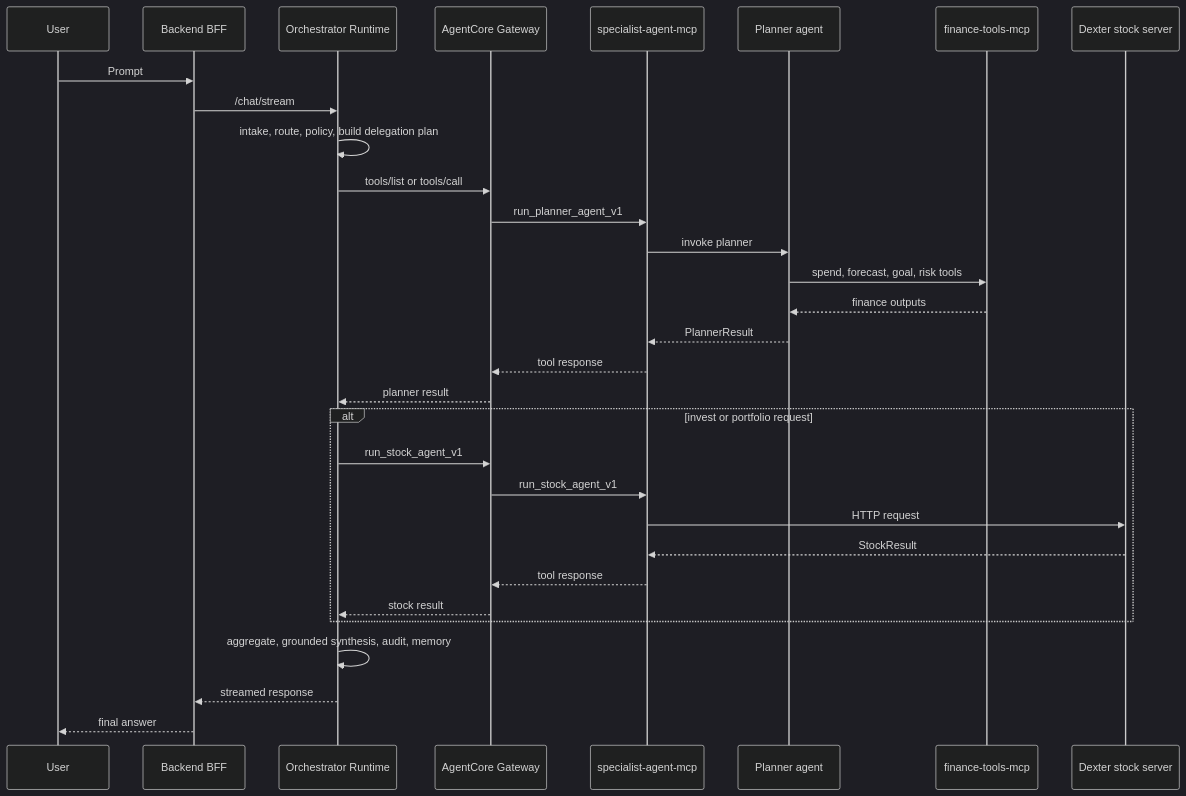
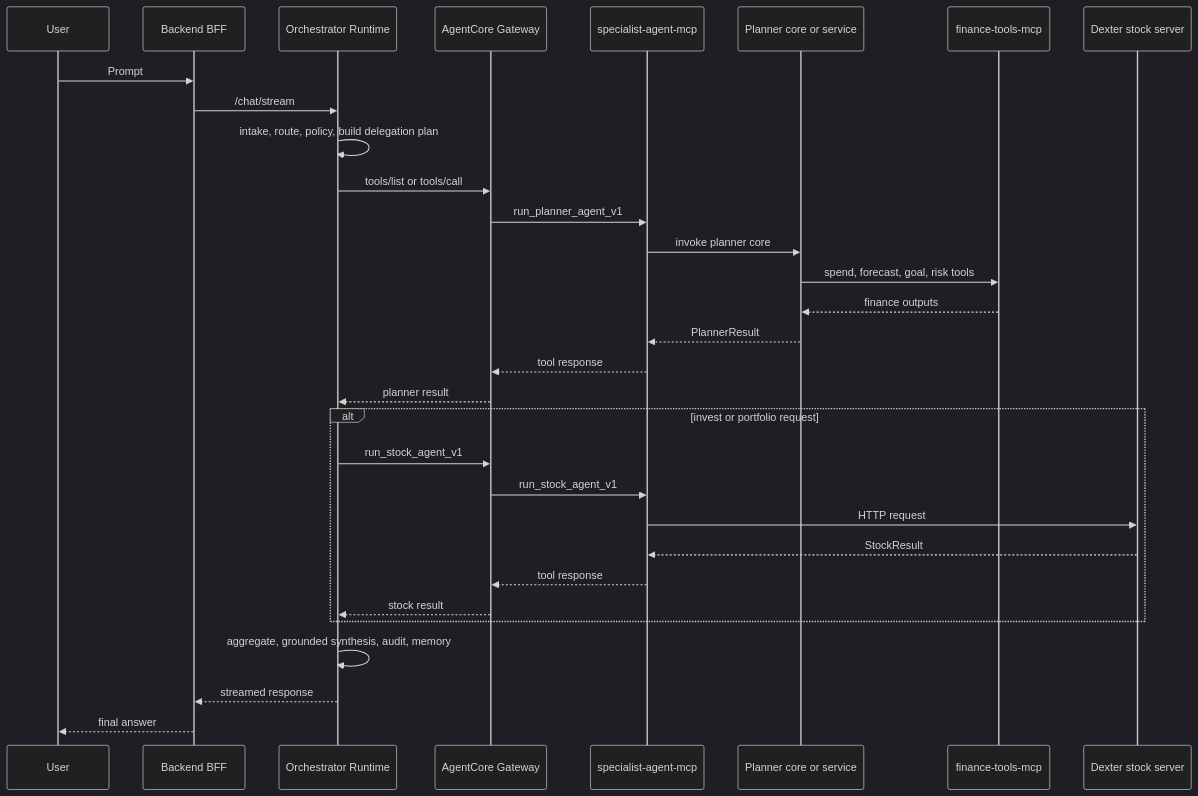
One commit to thphuc06/swin_hackathon changed the second of 4 diagrams in MULTI_AGENT_SPECIALIST_MCP_ARCHITECTURE.md. Above: the diagram before and after it, drawn with Mermaid (dark theme). The commit also changed other lines of this file and 2 other files, not shown here.

Commit message:
docs: clarify AgentCore Runtime MCP hosting and add finance MCP migration guide

````diff
--- a/MULTI_AGENT_SPECIALIST_MCP_ARCHITECTURE.md
+++ b/MULTI_AGENT_SPECIALIST_MCP_ARCHITECTURE.md
@@ -104,36 +104,36 @@
 ```mermaid
 sequenceDiagram
     participant User
     participant BFF as Backend BFF
     participant Orch as Orchestrator Runtime
     participant Gateway as AgentCore Gateway
     participant AgentMCP as specialist-agent-mcp
-    participant Planner as Planner agent
+    participant Planner as Planner core or service
     participant Finance as finance-tools-mcp
     participant Stock as Dexter stock server
 
     User->>BFF: Prompt
     BFF->>Orch: /chat/stream
     Orch->>Orch: intake, route, policy, build delegation plan
     Orch->>Gateway: tools/list or tools/call
     Gateway->>AgentMCP: run_planner_agent_v1
-    AgentMCP->>Planner: invoke planner
+    AgentMCP->>Planner: invoke planner core
     Planner->>Finance: spend, forecast, goal, risk tools
     Finance-->>Planner: finance outputs
     Planner-->>AgentMCP: PlannerResult
     AgentMCP-->>Gateway: tool response
     Gateway-->>Orch: planner result
 
     alt invest or portfolio request
         Orch->>Gateway: run_stock_agent_v1
         Gateway->>AgentMCP: run_stock_agent_v1
         AgentMCP->>Stock: HTTP request
         Stock-->>AgentMCP: StockResult
         AgentMCP-->>Gateway: tool response
         Gateway-->>Orch: stock result
     end
 
     Orch->>Orch: aggregate, grounded synthesis, audit, memory
     Orch-->>BFF: streamed response
     BFF-->>User: final answer
 ```
````
